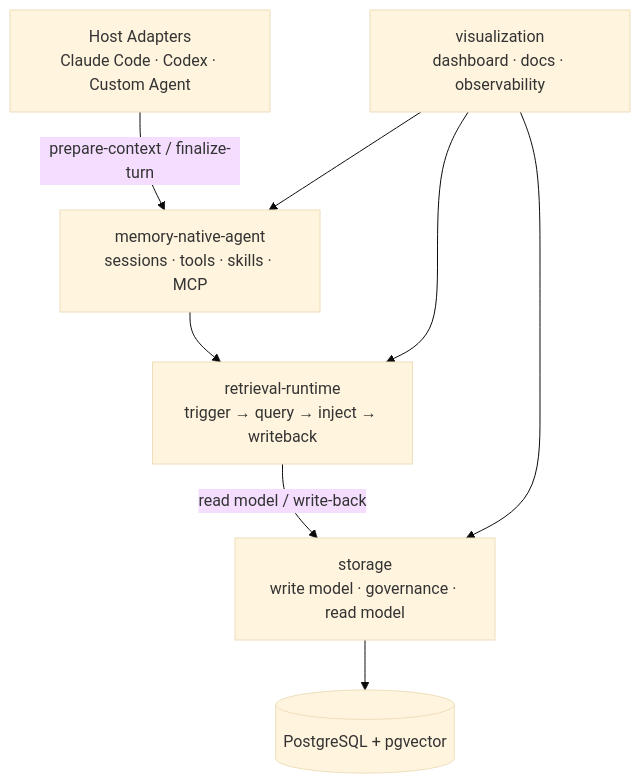
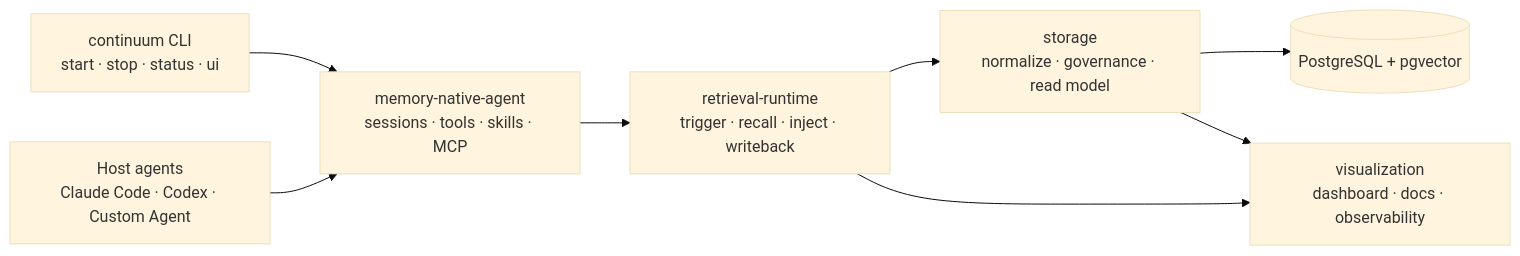
Before and after one commit to liu-collab/continuum: the diagram in README.md, drawn with Mermaid (base theme). The commit also changed other lines of this file, not shown here.

Commit message:
docs(readme): simplify architecture diagram layout

````diff
--- a/README.md
+++ b/README.md
@@ -18,17 +20,18 @@
 ```mermaid
-flowchart TB
-    host["Host Adapters<br/>Claude Code · Codex · Custom Agent"]
+flowchart LR
+    cli["continuum CLI<br/>start · stop · status · ui"]
+    host["Host agents<br/>Claude Code · Codex · Custom Agent"]
     mna["memory-native-agent<br/>sessions · tools · skills · MCP"]
-    runtime["retrieval-runtime<br/>trigger → query → inject → writeback"]
-    storage["storage<br/>write model · governance · read model"]
+    runtime["retrieval-runtime<br/>trigger · recall · inject · writeback"]
+    storage["storage<br/>normalize · governance · read model"]
     db[("PostgreSQL + pgvector")]
     viz["visualization<br/>dashboard · docs · observability"]
 
-    host -->|"prepare-context / finalize-turn"| mna
+    cli --> mna
+    host --> mna
     mna --> runtime
-    runtime -->|"read model / write-back"| storage
+    runtime --> storage
     storage --> db
-    viz --> storage
-    viz --> runtime
-    viz --> mna
+    runtime --> viz
+    storage --> viz
 ```
````
